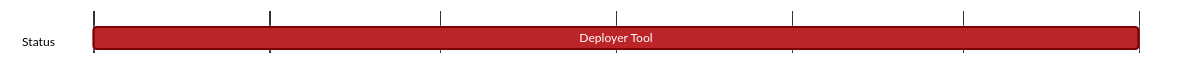
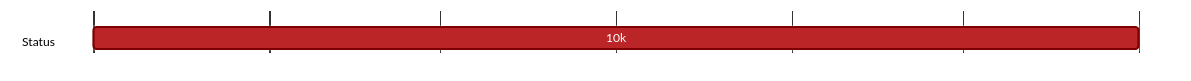
One commit to logos-co/roadmap changed the diagram in content/vac/dst/deployment-and-analysis/waku/10k.md. Above: the diagram before and after it, drawn with Mermaid. The commit also changed 2 other files, not shown here.

Commit message:
Correct some mermaid information

````diff
--- a/content/vac/dst/deployment-and-analysis/waku/10k.md
+++ b/content/vac/dst/deployment-and-analysis/waku/10k.md
@@ -7,20 +7,20 @@
 ```mermaid
 %%{ 
   init: { 
     'theme': 'base', 
     'themeVariables': { 
       'primaryColor': '#BB2528', 
       'primaryTextColor': '#fff', 
       'primaryBorderColor': '#7C0000', 
       'lineColor': '#F8B229', 
       'secondaryColor': '#006100', 
       'tertiaryColor': '#fff' 
     } 
   } 
 }%%
 gantt
   tickInterval 1month
   dateFormat YYYY-MM-DD 
   section Status
-    Deployer Tool: 2024-05-01, 2024-11-01
+    10k: 2024-05-01, 2024-11-01
 ```
````
